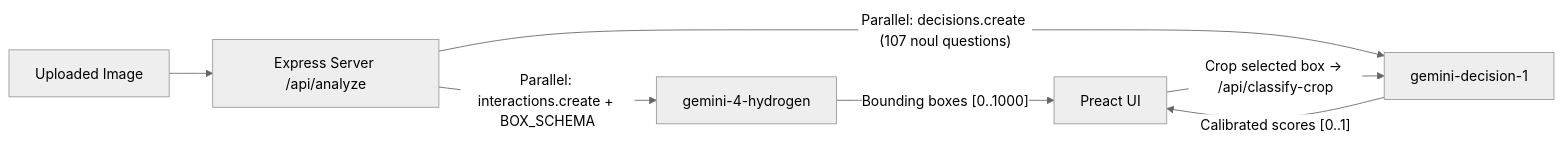
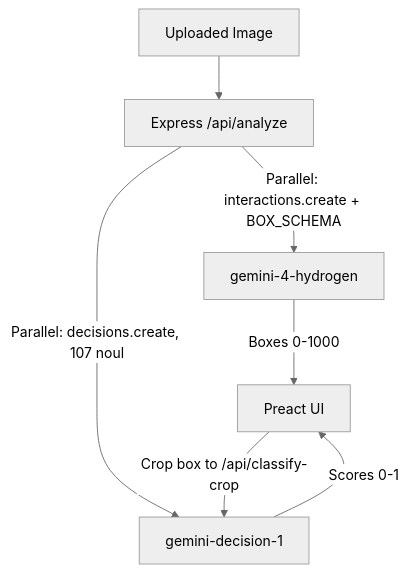
One commit to tdk67/decision-model-image changed the first of 2 diagrams in README.md. Above: the diagram before and after it, drawn with Mermaid (neutral theme). The commit also changed other lines of this file, not shown here.

````diff
--- a/README.md
+++ b/README.md
@@ -28,9 +28,9 @@
 ```mermaid
-flowchart LR
-    Img["Uploaded Image"] --> API["Express Server /api/analyze"]
+flowchart TD
+    Img["Uploaded Image"] --> API["Express /api/analyze"]
     API -->|"Parallel: interactions.create + BOX_SCHEMA"| H4["gemini-4-hydrogen"]
-    API -->|"Parallel: decisions.create (107 noul questions)"| D1["gemini-decision-1"]
-    H4 -->|"Bounding boxes [0..1000]"| UI["Preact UI"]
-    D1 -->|"Calibrated scores [0..1]"| UI
-    UI -->|"Crop selected box -> /api/classify-crop"| D1
+    API -->|"Parallel: decisions.create, 107 noul"| D1["gemini-decision-1"]
+    H4 -->|"Boxes 0-1000"| UI["Preact UI"]
+    D1 -->|"Scores 0-1"| UI
+    UI -->|"Crop box to /api/classify-crop"| D1
 ```
````
